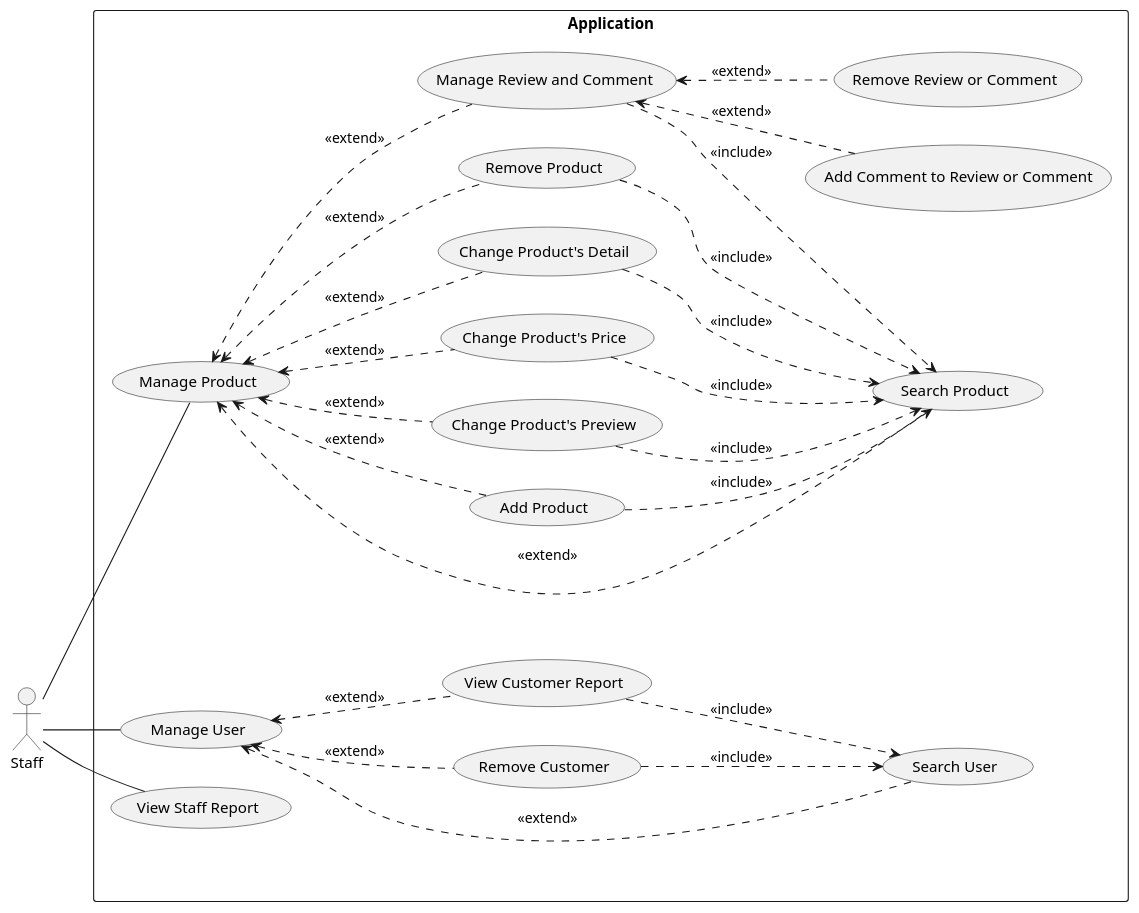
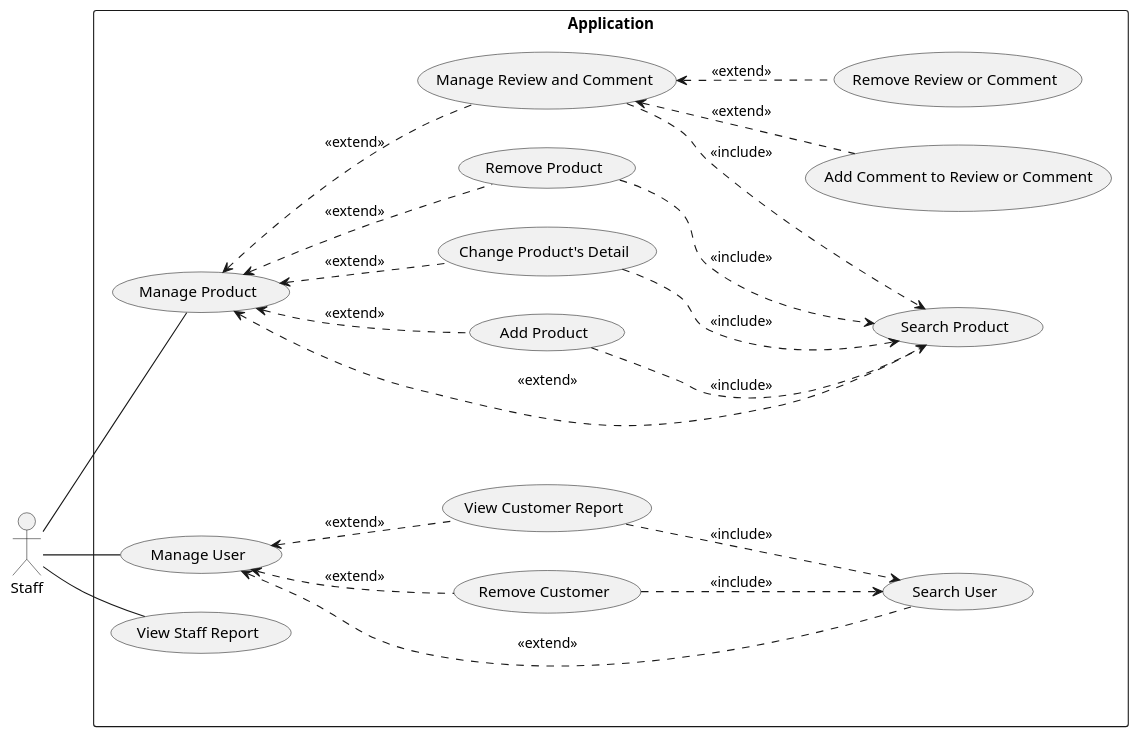
One commit to electricilies/electricilies.github.io changed the diagram in docs/docs/use-case/staff.md. Above: the diagram before and after it, drawn with PlantUML. The commit also changed 14 other files, not shown here.

````diff
--- a/docs/docs/use-case/staff.md
+++ b/docs/docs/use-case/staff.md
@@ -3,50 +3,44 @@
 ```plantuml
 @startuml
 left to right direction
 actor Staff
 
 rectangle "Application" {
   usecase UC01 as "Manage Product"
   usecase UC02 as "Search Product"
   usecase UC03 as "Add Product"
-  usecase UC04 as "Change Product's Preview"
-  usecase UC05 as "Change Product's Price"
-  usecase UC06 as "Change Product's Detail"
-  usecase UC07 as "Remove Product"
-  usecase UC08 as "Manage Review and Comment"
-  usecase UC09 as "Add Comment to Review or Comment"
-  usecase UC10 as "Remove Review or Comment"
-  usecase UC11 as "Manage User"
-  usecase UC12 as "Search User"
-  usecase UC13 as "Remove Customer"
-  usecase UC14 as "View Customer Report"
-  usecase UC15 as "View Staff Report"
+  usecase UC04 as "Change Product's Detail"
+  usecase UC05 as "Remove Product"
+  usecase UC06 as "Manage Review and Comment"
+  usecase UC07 as "Add Comment to Review or Comment"
+  usecase UC08 as "Remove Review or Comment"
+  usecase UC09 as "Manage User"
+  usecase UC10 as "Search User"
+  usecase UC11 as "Remove Customer"
+  usecase UC12 as "View Customer Report"
+  usecase UC13 as "View Staff Report"
 }
 
 Staff -- UC01
-Staff -- UC11
-Staff -- UC15
+Staff -- UC09
+Staff -- UC13
 
 UC01 <.. UC02 : <<extend>>
 UC01 <.. UC03 : <<extend>>
 UC01 <.. UC04 : <<extend>>
 UC01 <.. UC05 : <<extend>>
 UC01 <.. UC06 : <<extend>>
-UC01 <.. UC07 : <<extend>>
-UC01 <.. UC08 : <<extend>>
 UC03 ..> UC02 : <<include>>
 UC04 ..> UC02 : <<include>>
 UC05 ..> UC02 : <<include>>
 UC06 ..> UC02 : <<include>>
-UC07 ..> UC02 : <<include>>
-UC08 ..> UC02 : <<include>>
-UC08 <.. UC09 : <<extend>>
-UC08 <.. UC10 : <<extend>>
-UC11 <.. UC12 : <<extend>>
-UC11 <.. UC13 : <<extend>>
-UC11 <.. UC14 : <<extend>>
-UC13 ..> UC12 : <<include>>
-UC14 ..> UC12 : <<include>>
+UC06 <.. UC07 : <<extend>>
+UC06 <.. UC08 : <<extend>>
+UC09 <.. UC10 : <<extend>>
+UC09 <.. UC11 : <<extend>>
+UC09 <.. UC12 : <<extend>>
+UC11 ..> UC10 : <<include>>
+UC12 ..> UC10 : <<include>>
 
 @enduml
 ```
````
